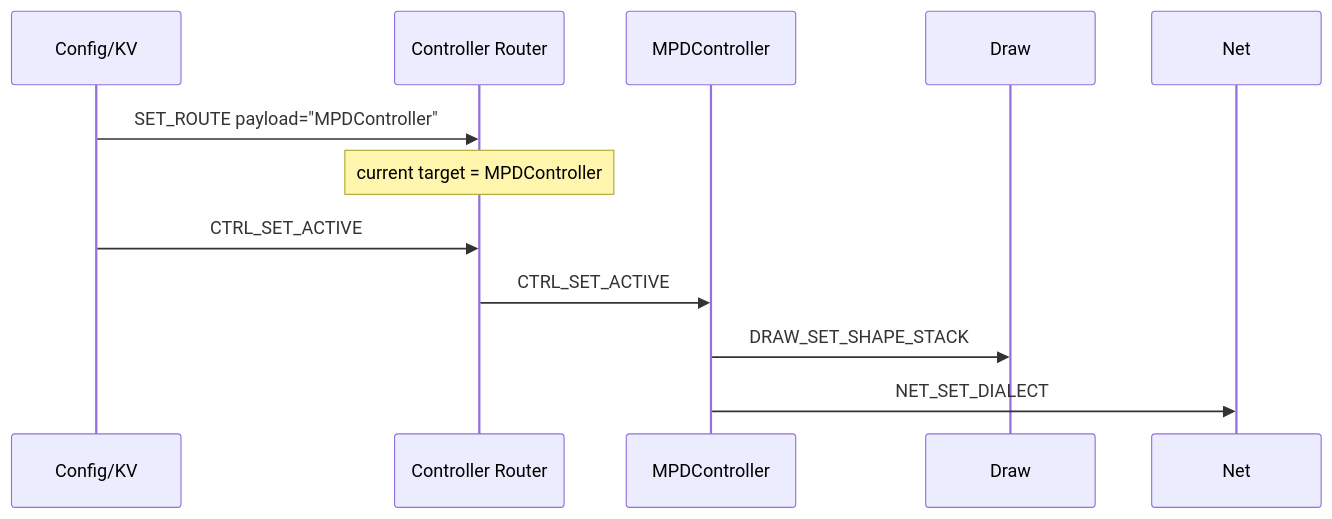
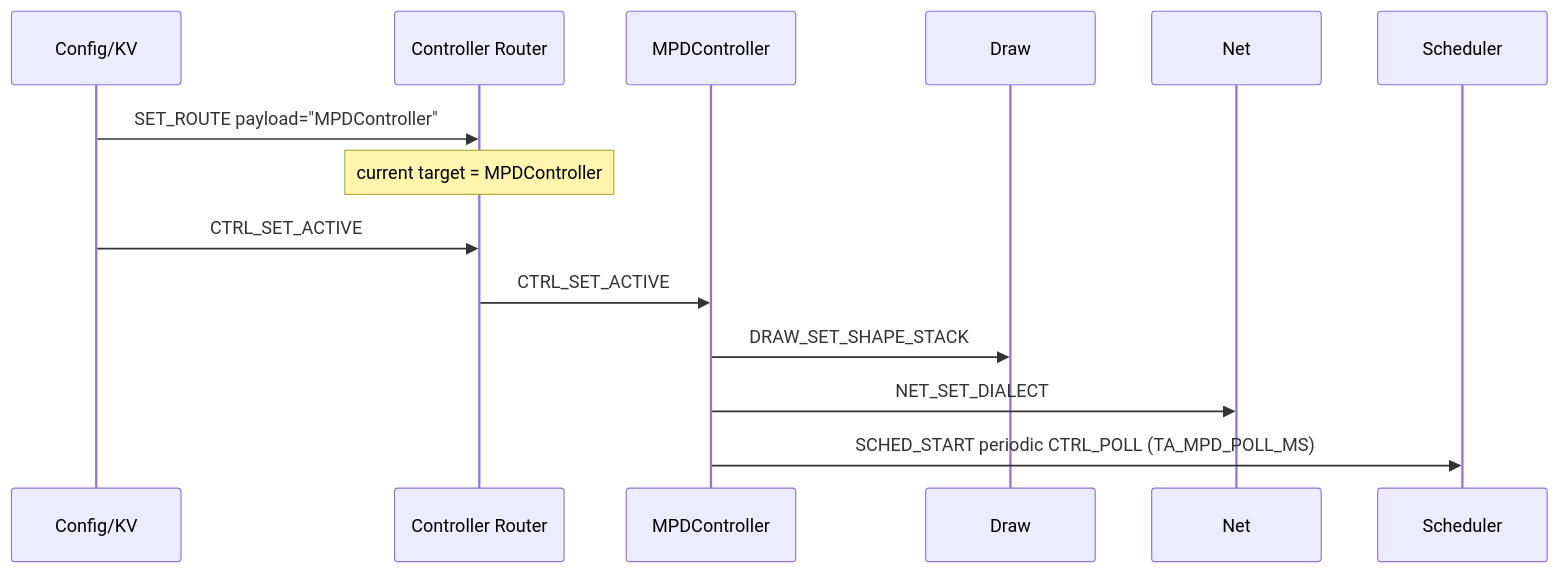
One commit to jovlinger/utils changed the sixth of 6 diagrams in spinme/EXPOSITION.md. Above: the diagram before and after it, drawn with Mermaid. The commit also changed other lines of this file and 12 other files, not shown here.

````diff
--- a/spinme/EXPOSITION.md
+++ b/spinme/EXPOSITION.md
@@ -527,15 +550,16 @@
 ```mermaid
 sequenceDiagram
   participant Cfg as Config/KV
   participant R as Controller Router
   participant MPD as MPDController
   participant Draw as Draw
   participant Net as Net
 
   Cfg->>R: SET_ROUTE payload="MPDController"
   Note over R: current target = MPDController
   Cfg->>R: CTRL_SET_ACTIVE
   R->>MPD: CTRL_SET_ACTIVE
   MPD->>Draw: DRAW_SET_SHAPE_STACK
   MPD->>Net: NET_SET_DIALECT
+  MPD->>Scheduler: SCHED_START periodic CTRL_POLL (TA_MPD_POLL_MS)
 ```
````
